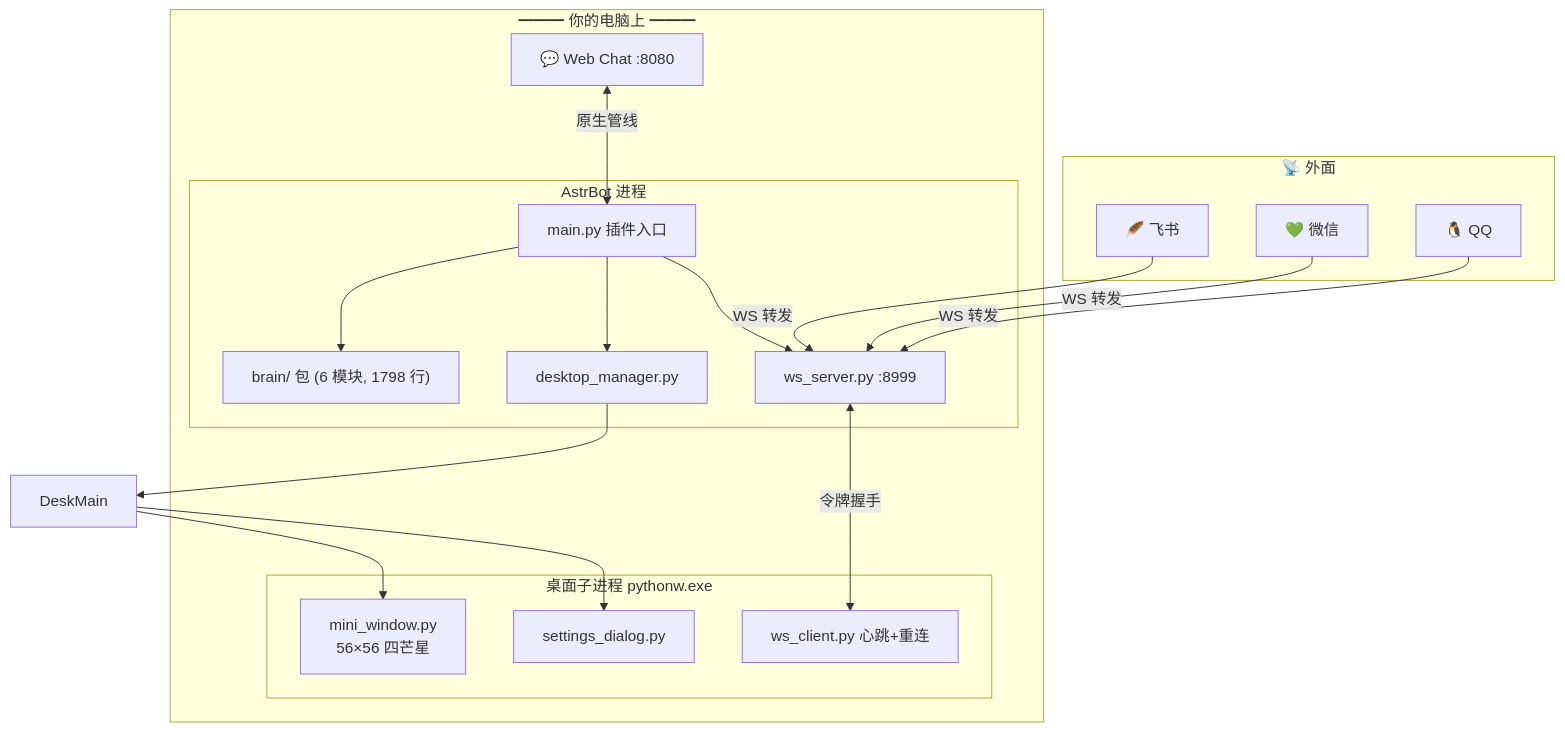
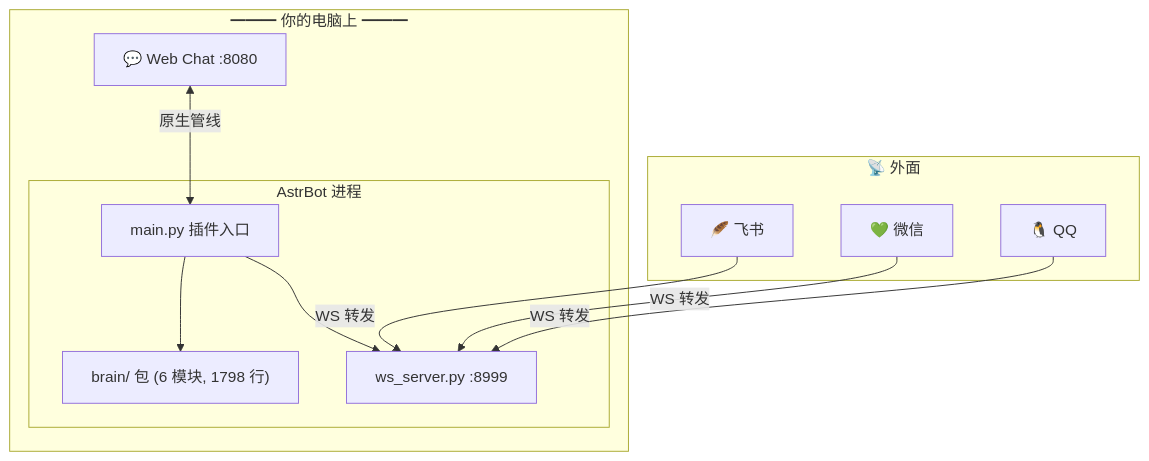
The second of 2 diagrams in README.md (yuanchu114514-spec/nexus-brain), drawn with Mermaid before and after one commit. The commit also changed other lines of this file, not shown here.

````diff
--- a/README.md
+++ b/README.md
@@ -67,39 +60,26 @@
 ```mermaid
 flowchart TB
     subgraph HubBox["━━━ 你的电脑上 ━━━"]
         subgraph AstrBot["AstrBot 进程"]
             Main["main.py 插件入口"]
             BrainPkg["brain/ 包 (6 模块, 1798 行)"]
             WSSrv["ws_server.py :8999"]
-            DeskMgr["desktop_manager.py"]
-        end
-
-        subgraph PyQt5["桌面子进程 pythonw.exe"]
-            MiniWin["mini_window.py<br/>56×56 四芒星"]
-            SettingsDlg["settings_dialog.py"]
-            WSClient["ws_client.py 心跳+重连"]
         end
 
         WebChat["💬 Web Chat :8080"]
     end
 
     subgraph Outside["📡 外面"]
         QPlatform["🐧 QQ"]
         WPlatform["💚 微信"]
         FPlatform["🪶 飞书"]
     end
 
     WebChat <-->|"原生管线"| Main
     QPlatform -->|"WS 转发"| WSSrv
     WPlatform -->|"WS 转发"| WSSrv
     FPlatform -->|"WS 转发"| WSSrv
 
     Main --> BrainPkg
     Main --> WSSrv
-    Main --> DeskMgr
-
-    WSSrv <-->|"令牌握手"| WSClient
-    DeskMgr --> DeskMain
-    DeskMain --> MiniWin
-    DeskMain --> SettingsDlg
 ```
````
